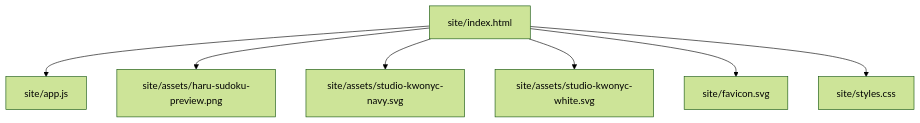
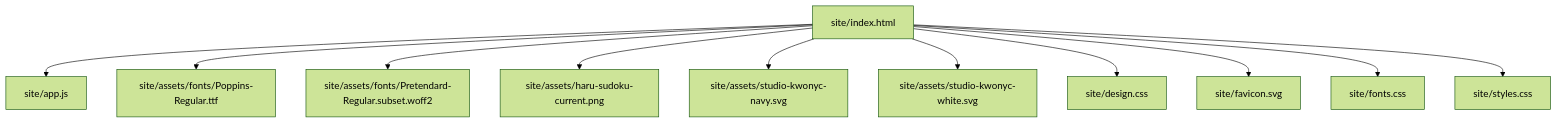
Before and after one commit to kjk0189-boop/Studio_KwonyC: the diagram in wiki/site-map.md, drawn with Mermaid (forest theme). The commit also changed 25 other files, not shown here.

````diff
--- a/wiki/site-map.md
+++ b/wiki/site-map.md
@@ -5,10 +5,14 @@
 ```mermaid
 graph TD
   index["site/index.html"]
   index --> asset0["site/app.js"]
-  index --> asset1["site/assets/haru-sudoku-preview.png"]
-  index --> asset2["site/assets/studio-kwonyc-navy.svg"]
-  index --> asset3["site/assets/studio-kwonyc-white.svg"]
-  index --> asset4["site/favicon.svg"]
-  index --> asset5["site/styles.css"]
+  index --> asset1["site/assets/fonts/Poppins-Regular.ttf"]
+  index --> asset2["site/assets/fonts/Pretendard-Regular.subset.woff2"]
+  index --> asset3["site/assets/haru-sudoku-current.png"]
+  index --> asset4["site/assets/studio-kwonyc-navy.svg"]
+  index --> asset5["site/assets/studio-kwonyc-white.svg"]
+  index --> asset6["site/design.css"]
+  index --> asset7["site/favicon.svg"]
+  index --> asset8["site/fonts.css"]
+  index --> asset9["site/styles.css"]
 ```
````
